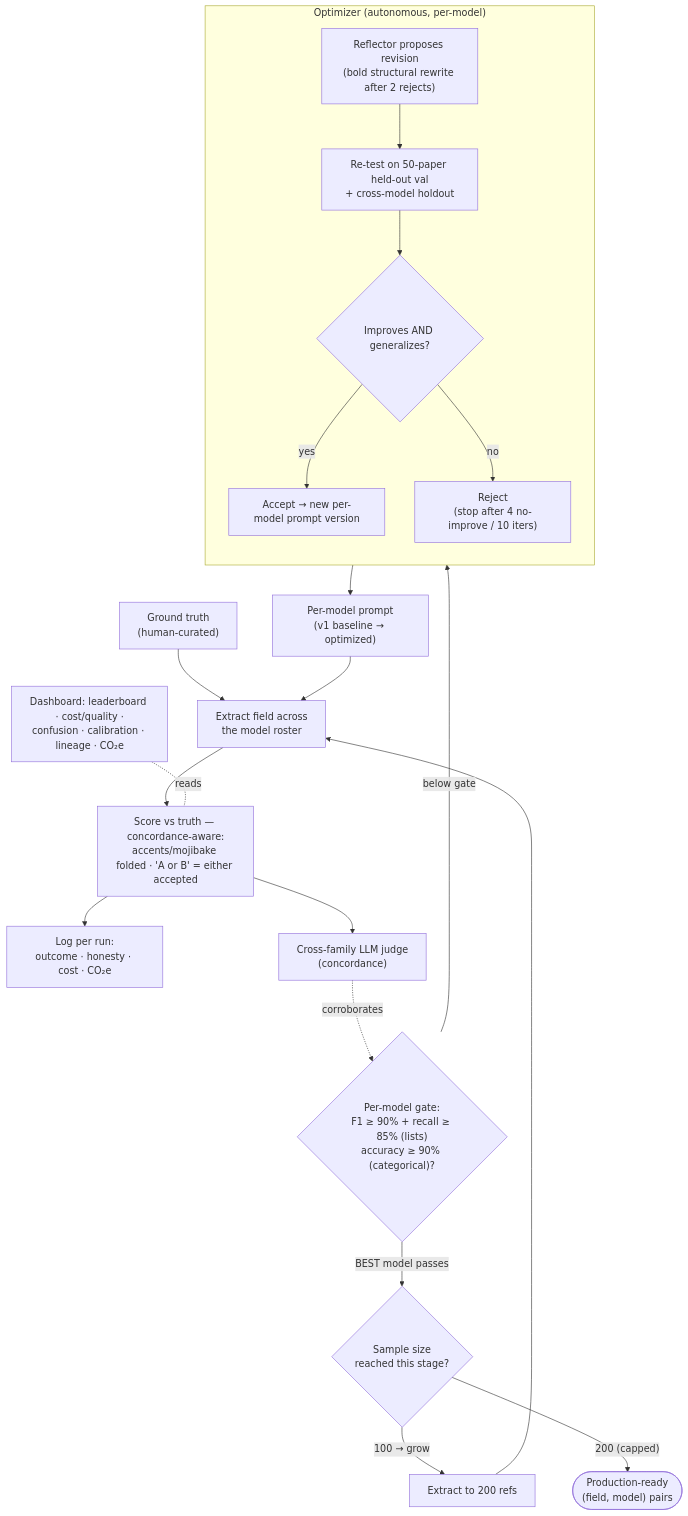
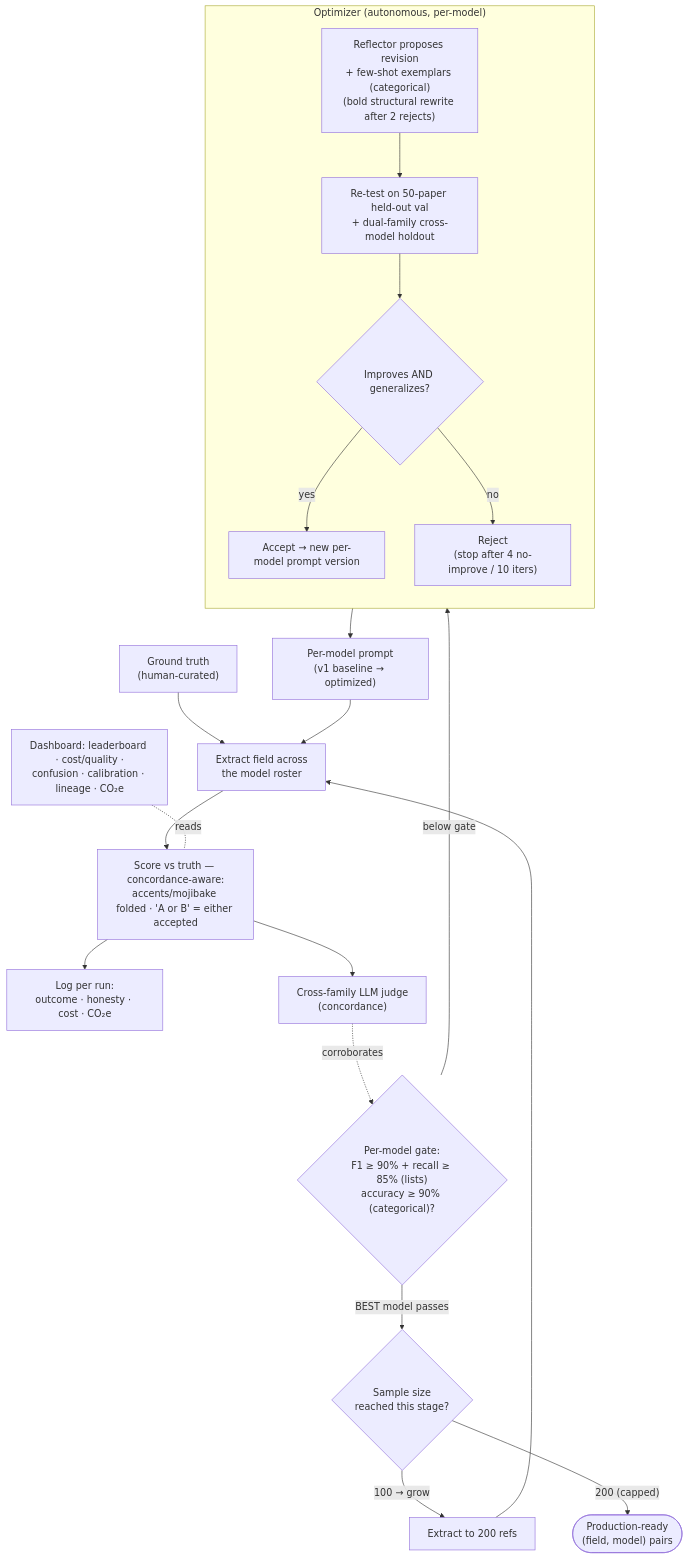
One commit to lsempe77/promptlab changed the first of 2 diagrams in backend/README.md. Above: the diagram before and after it, drawn with Mermaid. The commit also changed other lines of this file and 1 other file, not shown here.

First line of the commit message:
docs: update ROADMAP and README with scoring/exemplar/context changes

````diff
--- a/backend/README.md
+++ b/backend/README.md
@@ -32,24 +32,24 @@
 ```mermaid
 flowchart TD
     GT["Ground truth<br/>(human-curated)"] --> EX
     P["Per-model prompt<br/>(v1 baseline → optimized)"] --> EX["Extract field across<br/>the model roster"]
     EX --> SC["Score vs truth — concordance-aware:<br/>accents/mojibake folded · 'A or B' = either accepted"]
     SC --> LOG["Log per run:<br/>outcome · honesty · cost · CO₂e"]
     SC --> JUDGE["Cross-family LLM judge<br/>(concordance)"]
     GATE{"Per-model gate:<br/>F1 ≥ 90% + recall ≥ 85% (lists)<br/>accuracy ≥ 90% (categorical)?"}
     JUDGE -. corroborates .-> GATE
     GATE -- "below gate" --> REFLECT
     GATE -- "BEST model passes" --> STAGE{"Sample size<br/>reached this stage?"}
     STAGE -- "100 → grow" --> G200["Extract to 200 refs"]
     STAGE -- "200 (capped)" --> DONE(["Production-ready<br/>(field, model) pairs"])
     G200 --> EX
     subgraph OPT["Optimizer (autonomous, per-model)"]
       direction TB
-      REFLECT["Reflector proposes revision<br/>(bold structural rewrite after 2 rejects)"] --> RETEST["Re-test on 50-paper held-out val<br/>+ cross-model holdout"]
+      REFLECT["Reflector proposes revision<br/>+ few-shot exemplars (categorical)<br/>(bold structural rewrite after 2 rejects)"] --> RETEST["Re-test on 50-paper held-out val<br/>+ dual-family cross-model holdout"]
       RETEST --> ACC{"Improves AND generalizes?"}
       ACC -- "yes" --> ACCEPT["Accept → new per-model prompt version"]
       ACC -- "no" --> REJECT["Reject<br/>(stop after 4 no-improve / 10 iters)"]
     end
     ACCEPT --> P
     DASH["Dashboard: leaderboard · cost/quality ·<br/>confusion · calibration · lineage · CO₂e"] -.reads.- SC
 ```
````
